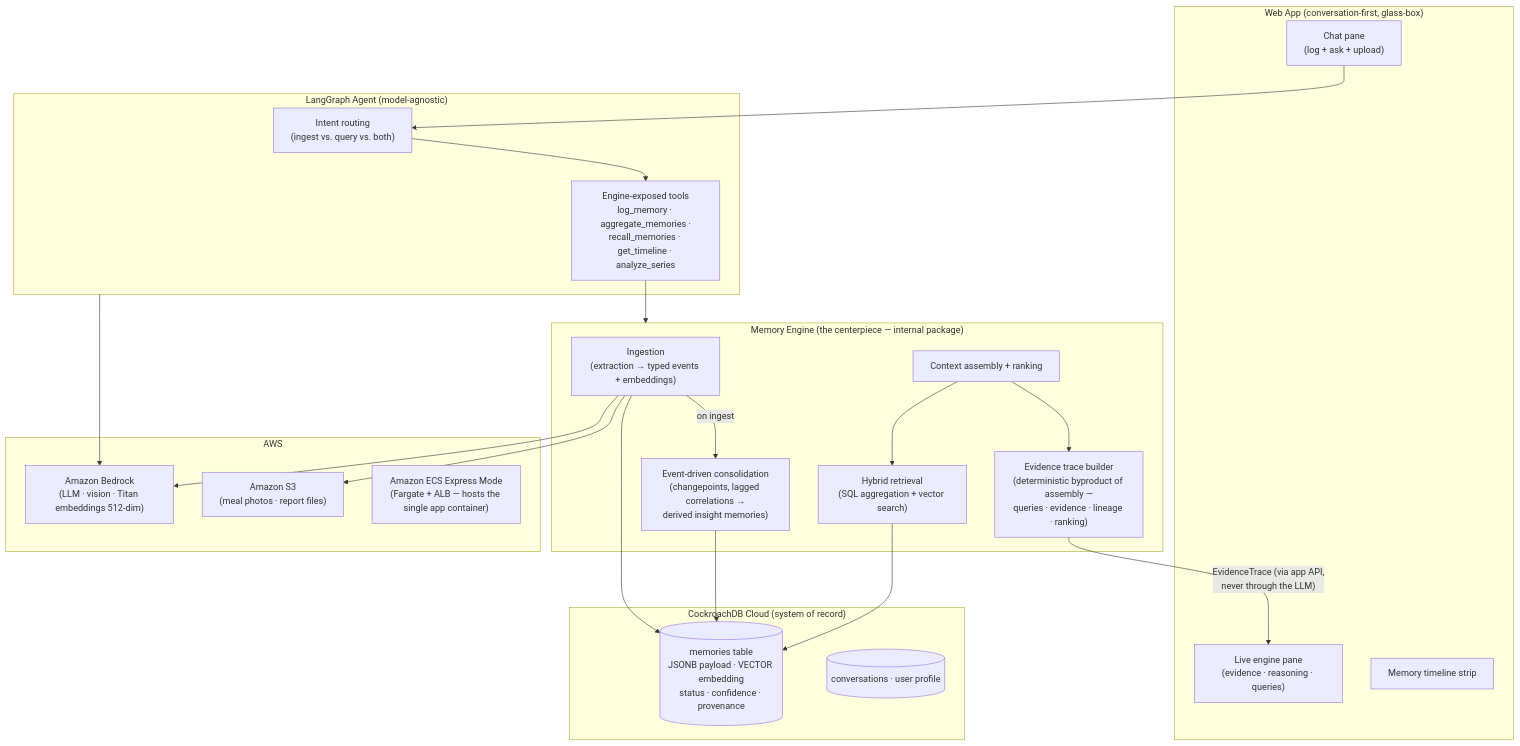
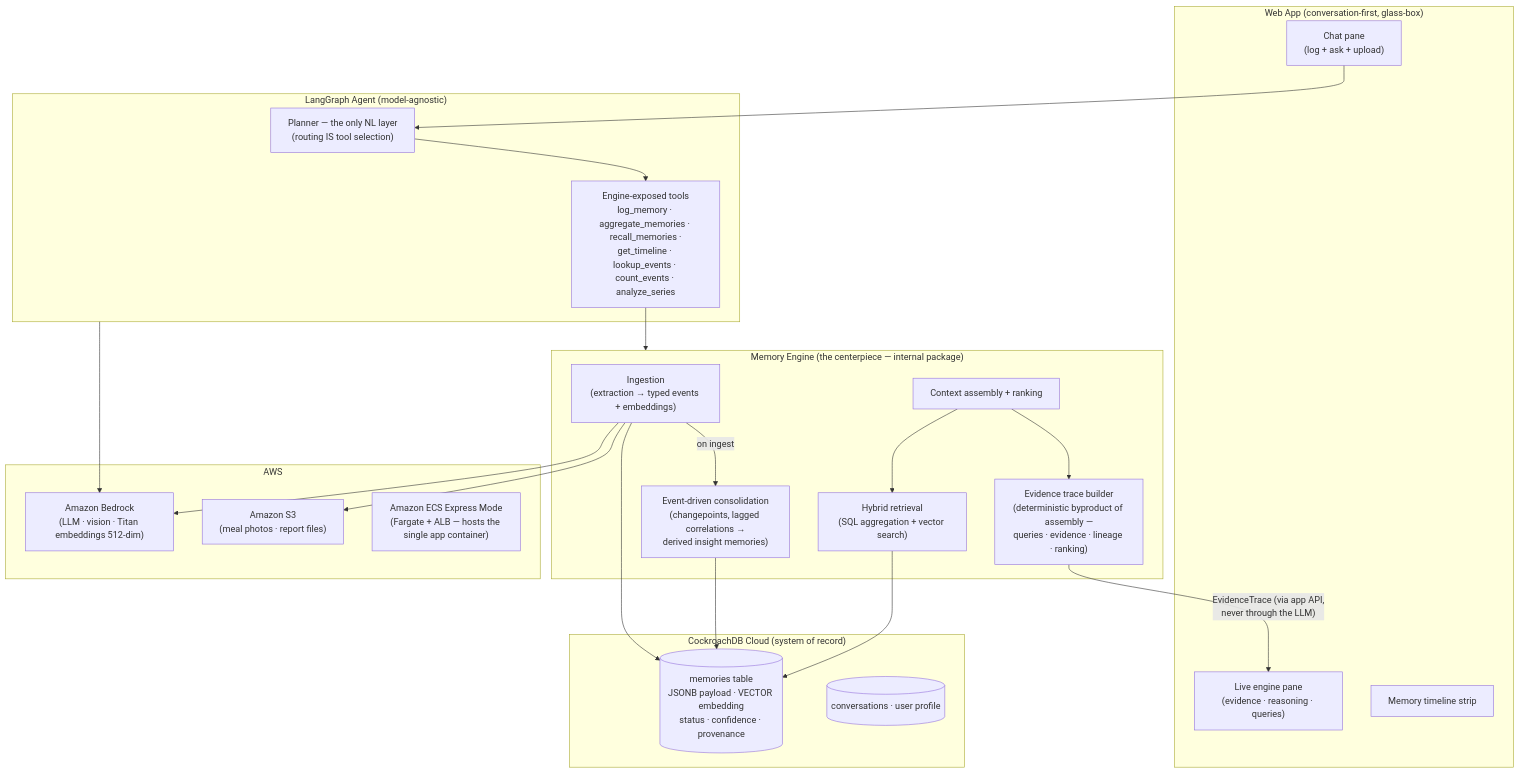
Before and after one commit to adityajamge/ai-fitness-memory-agent: the diagram in docs/office-hours/02-architecture-overview.md, drawn with Mermaid. The commit also changed other lines of this file and 12 other files, not shown here.

````diff
--- a/docs/office-hours/02-architecture-overview.md
+++ b/docs/office-hours/02-architecture-overview.md
@@ -7,46 +7,46 @@
 ```mermaid
 flowchart TB
     subgraph Client["Web App (conversation-first, glass-box)"]
         CHAT["Chat pane<br/>(log + ask + upload)"]
         ENGINE_PANE["Live engine pane<br/>(evidence · reasoning · queries)"]
         TIMELINE["Memory timeline strip"]
     end
 
     subgraph Agent["LangGraph Agent (model-agnostic)"]
-        ROUTER["Intent routing<br/>(ingest vs. query vs. both)"]
-        TOOLS["Engine-exposed tools<br/>log_memory · aggregate_memories ·<br/>recall_memories · get_timeline · analyze_series"]
+        ROUTER["Planner — the only NL layer<br/>(routing IS tool selection)"]
+        TOOLS["Engine-exposed tools<br/>log_memory · aggregate_memories · recall_memories ·<br/>get_timeline · lookup_events · count_events · analyze_series"]
     end
 
     subgraph ME["Memory Engine (the centerpiece — internal package)"]
         INGEST["Ingestion<br/>(extraction → typed events + embeddings)"]
         RETRIEVE["Hybrid retrieval<br/>(SQL aggregation + vector search)"]
         CONSOLIDATE["Event-driven consolidation<br/>(changepoints, lagged correlations →<br/>derived insight memories)"]
         ASSEMBLE["Context assembly + ranking"]
         TRACE["Evidence trace builder<br/>(deterministic byproduct of assembly —<br/>queries · evidence · lineage · ranking)"]
     end
 
     subgraph AWS["AWS"]
         BEDROCK["Amazon Bedrock<br/>(LLM · vision · Titan embeddings 512-dim)"]
         S3["Amazon S3<br/>(meal photos · report files)"]
         ECSEXPRESS["Amazon ECS Express Mode<br/>(Fargate + ALB — hosts the single app container)"]
     end
 
     subgraph CRDB["CockroachDB Cloud (system of record)"]
         MEMORIES[("memories table<br/>JSONB payload · VECTOR embedding<br/>status · confidence · provenance")]
         AUX[("conversations · user profile")]
     end
 
     CHAT --> ROUTER
     ROUTER --> TOOLS
     TOOLS --> ME
     INGEST --> BEDROCK
     INGEST --> S3
     INGEST --> MEMORIES
     INGEST -->|"on ingest"| CONSOLIDATE
     CONSOLIDATE --> MEMORIES
     RETRIEVE --> MEMORIES
     ASSEMBLE --> RETRIEVE
     ASSEMBLE --> TRACE
     TRACE -->|"EvidenceTrace (via app API,<br/>never through the LLM)"| ENGINE_PANE
     Agent --> BEDROCK
 ```
````
